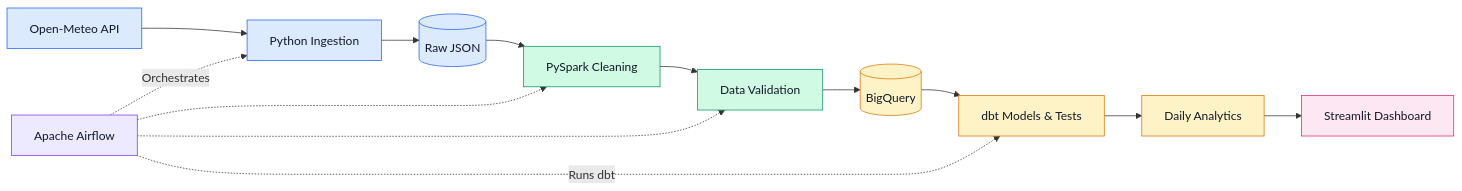
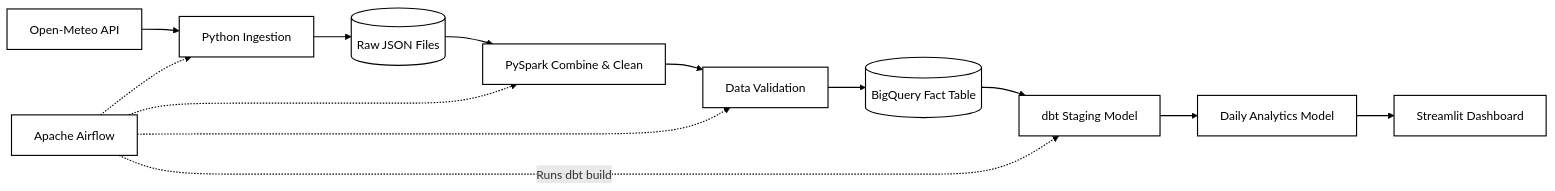
One commit to ishamankar17/weather-air-quality-data-pipeline changed the diagram in README.md. Above: the diagram before and after it, drawn with Mermaid. The commit also changed other lines of this file, not shown here.

````diff
--- a/README.md
+++ b/README.md
@@ -18,27 +18,20 @@
 ```mermaid
 flowchart LR
     A["Open-Meteo API"] --> B["Python Ingestion"]
-    B --> C[("Raw JSON")]
-    C --> D["PySpark Cleaning"]
+    B --> C[("Raw JSON Files")]
+    C --> D["PySpark Combine & Clean"]
     D --> E["Data Validation"]
-    E --> F[("BigQuery")]
-    F --> G["dbt Models & Tests"]
-    G --> H["Daily Analytics"]
+    E --> F[("BigQuery Fact Table")]
+    F --> G["dbt Staging Model"]
+    G --> H["Daily Analytics Model"]
     H --> I["Streamlit Dashboard"]
-
-    J["Apache Airflow"] -. Orchestrates .-> B
+ 
+    J["Apache Airflow"] -.-> B
     J -.-> D
     J -.-> E
-    J -. Runs dbt .-> G
-
-    style A fill:#DCEAFE,stroke:#2563EB,color:#111827
-    style B fill:#DCEAFE,stroke:#2563EB,color:#111827
-    style C fill:#DCEAFE,stroke:#2563EB,color:#111827
-    style D fill:#D1FAE5,stroke:#059669,color:#111827
-    style E fill:#D1FAE5,stroke:#059669,color:#111827
-    style F fill:#FEF3C7,stroke:#D97706,color:#111827
-    style G fill:#FEF3C7,stroke:#D97706,color:#111827
-    style H fill:#FEF3C7,stroke:#D97706,color:#111827
-    style I fill:#FCE7F3,stroke:#DB2777,color:#111827
-    style J fill:#EDE9FE,stroke:#7C3AED,color:#111827
+    J -. "Runs dbt build" .-> G
+ 
+    classDef bw fill:#FFFFFF,stroke:#000000,stroke-width:1.5px,color:#000000
+    class A,B,C,D,E,F,G,H,I,J bw
+    linkStyle default stroke:#000000,stroke-width:1.5px
 ```
````
